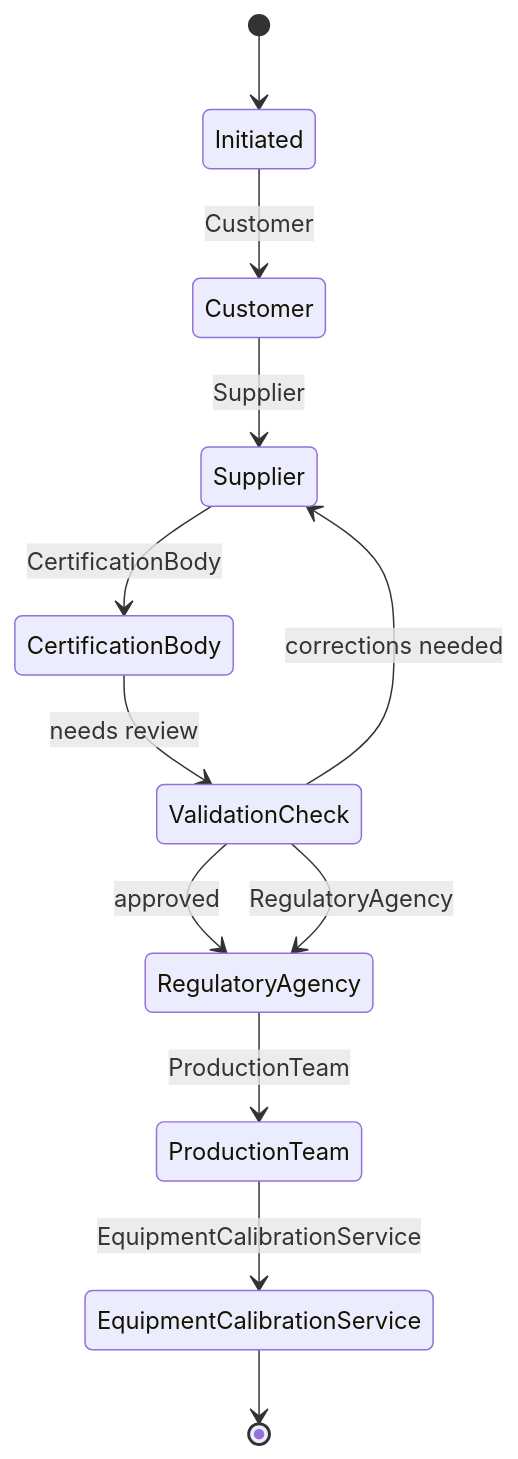
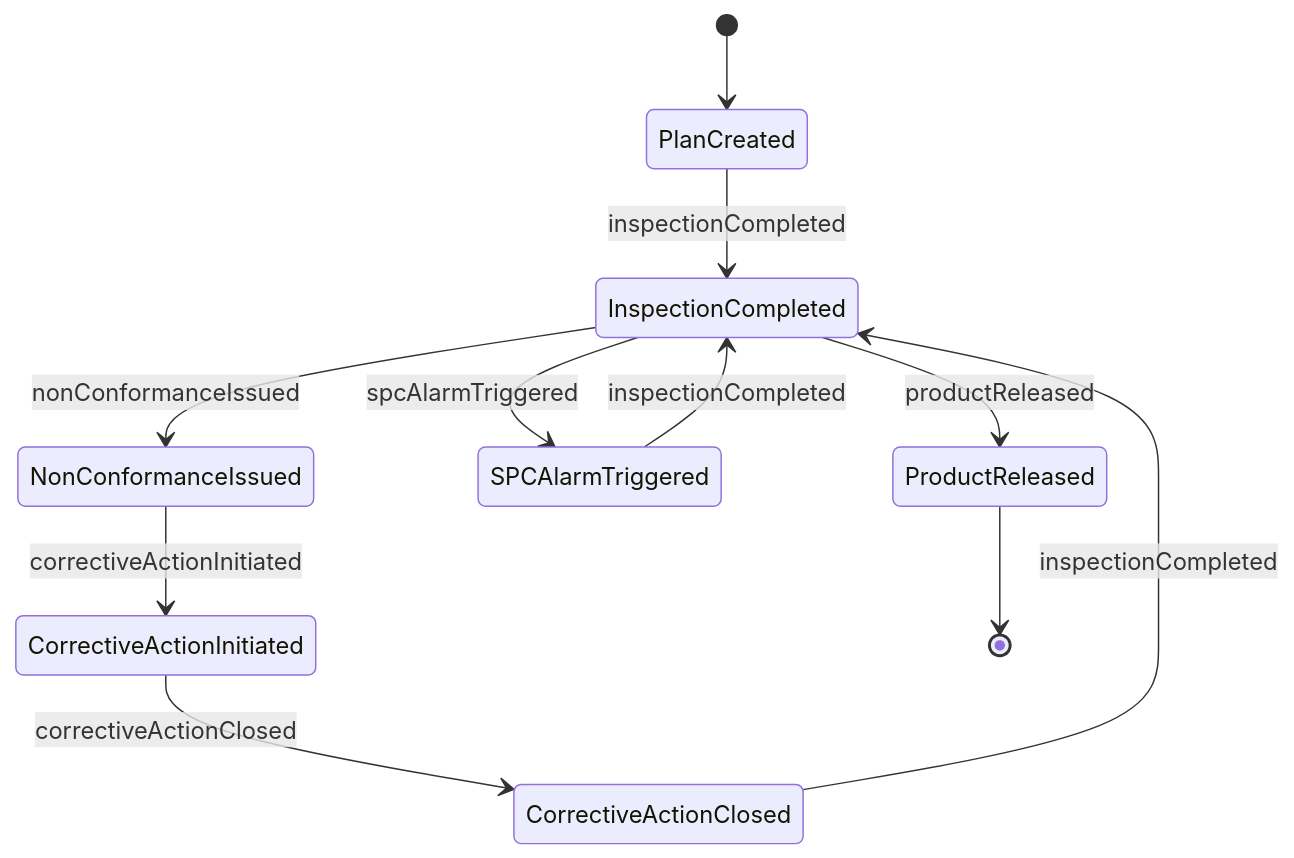
The second of 4 diagrams in GuidingDirectingAndMotivatingSubordinates/ManageControlSystemsOrActivities/DirectQualityControlActivities.mdx (dot-org-ai/tasks.org.ai), drawn with Mermaid before and after one commit. The commit also changed other lines of this file and 515 other files, not shown here.

````diff
--- a/GuidingDirectingAndMotivatingSubordinates/ManageControlSystemsOrActivities/DirectQualityControlActivities.mdx
+++ b/GuidingDirectingAndMotivatingSubordinates/ManageControlSystemsOrActivities/DirectQualityControlActivities.mdx
@@ -100,14 +101,13 @@
 ```mermaid
 stateDiagram-v2
-    [*] --> Initiated
-    Initiated --> Customer: Customer
-    Customer --> Supplier: Supplier
-    Supplier --> CertificationBody: CertificationBody
-    CertificationBody --> ValidationCheck: needs review
-    ValidationCheck --> Supplier: corrections needed
-    ValidationCheck --> RegulatoryAgency: approved
-    ValidationCheck --> RegulatoryAgency: RegulatoryAgency
-    RegulatoryAgency --> ProductionTeam: ProductionTeam
-    ProductionTeam --> EquipmentCalibrationService: EquipmentCalibrationService
-    EquipmentCalibrationService --> [*]
+    [*] --> PlanCreated
+    PlanCreated --> InspectionCompleted : inspectionCompleted
+    InspectionCompleted --> NonConformanceIssued : nonConformanceIssued
+    NonConformanceIssued --> CorrectiveActionInitiated : correctiveActionInitiated
+    CorrectiveActionInitiated --> CorrectiveActionClosed : correctiveActionClosed
+    CorrectiveActionClosed --> InspectionCompleted : inspectionCompleted
+    InspectionCompleted --> SPCAlarmTriggered : spcAlarmTriggered
+    SPCAlarmTriggered --> InspectionCompleted : inspectionCompleted
+    InspectionCompleted --> ProductReleased : productReleased
+    ProductReleased --> [*]
 ```
````
